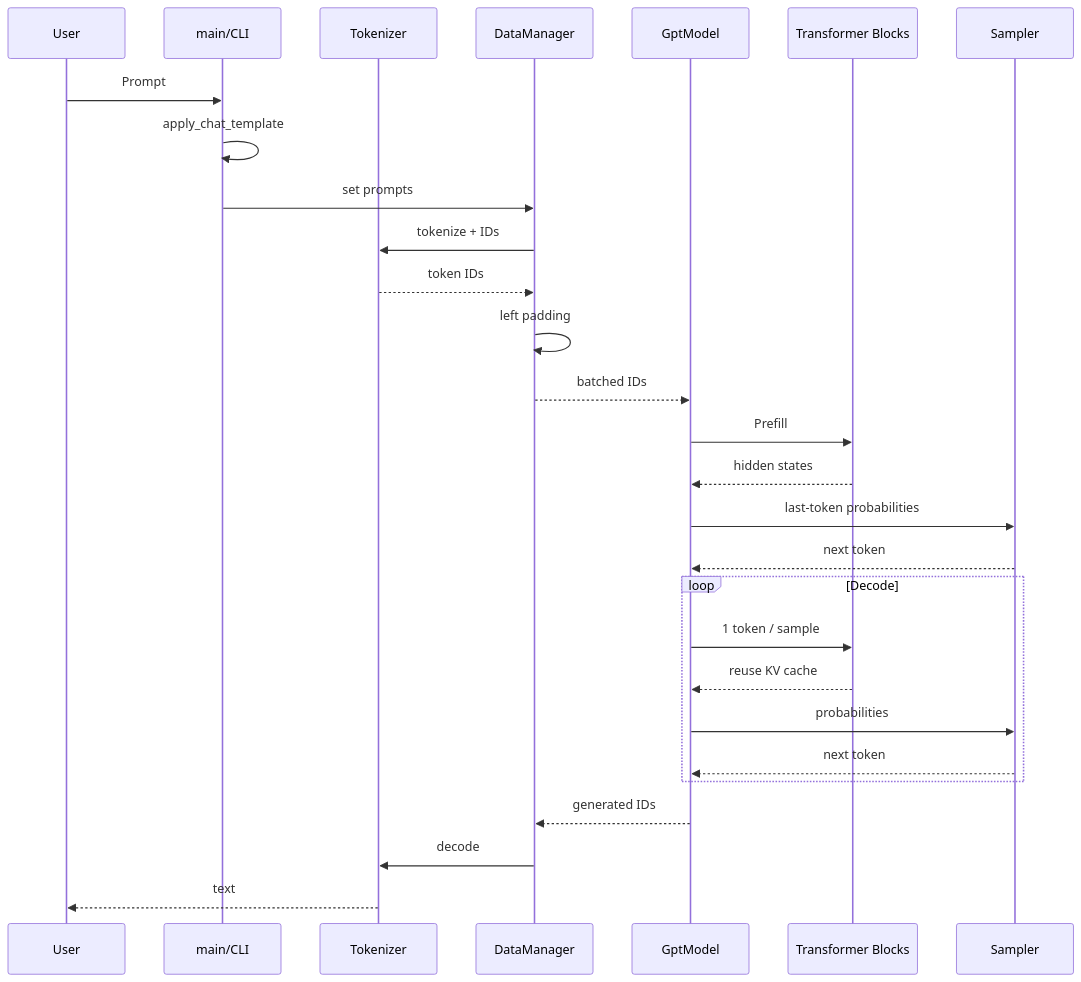
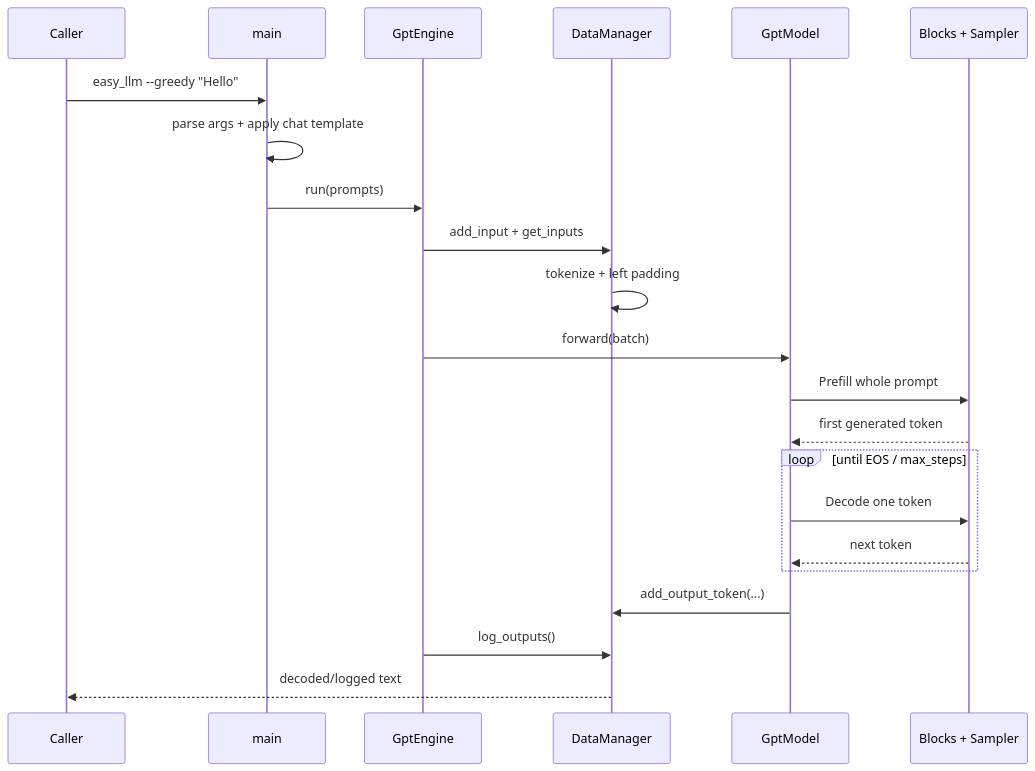
The second of 9 diagrams in my/docs/easy_llm_guide.zh-CN.md (eagle-dai/easy_llm.cpp), drawn with Mermaid before and after one commit. The commit also changed other lines of this file, not shown here.

First line of the commit message:
docs: rewrite easy_llm tutorial as progressive implementation guide (#4)

````diff
--- a/my/docs/easy_llm_guide.zh-CN.md
+++ b/my/docs/easy_llm_guide.zh-CN.md
@@ -568,31 +113,25 @@
 ```mermaid
 sequenceDiagram
-    participant U as User
-    participant CLI as main/CLI
-    participant T as Tokenizer
+    participant U as Caller
+    participant M as main
+    participant E as GptEngine
     participant D as DataManager
-    participant M as GptModel
-    participant B as Transformer Blocks
-    participant S as Sampler
+    participant G as GptModel
+    participant X as Blocks + Sampler
 
-    U->>CLI: Prompt
-    CLI->>CLI: apply_chat_template
-    CLI->>D: set prompts
-    D->>T: tokenize + IDs
-    T-->>D: token IDs
-    D->>D: left padding
-    D-->>M: batched IDs
-    M->>B: Prefill
-    B-->>M: hidden states
-    M->>S: last-token probabilities
-    S-->>M: next token
-    loop Decode
-        M->>B: 1 token / sample
-        B-->>M: reuse KV cache
-        M->>S: probabilities
-        S-->>M: next token
+    U->>M: easy_llm --greedy "Hello"
+    M->>M: parse args + apply chat template
+    M->>E: run(prompts)
+    E->>D: add_input + get_inputs
+    D->>D: tokenize + left padding
+    E->>G: forward(batch)
+    G->>X: Prefill whole prompt
+    X-->>G: first generated token
+    loop until EOS / max_steps
+        G->>X: Decode one token
+        X-->>G: next token
     end
-    M-->>D: generated IDs
-    D->>T: decode
-    T-->>U: text
+    G->>D: add_output_token(...)
+    E->>D: log_outputs()
+    D-->>U: decoded/logged text
 ```
````
